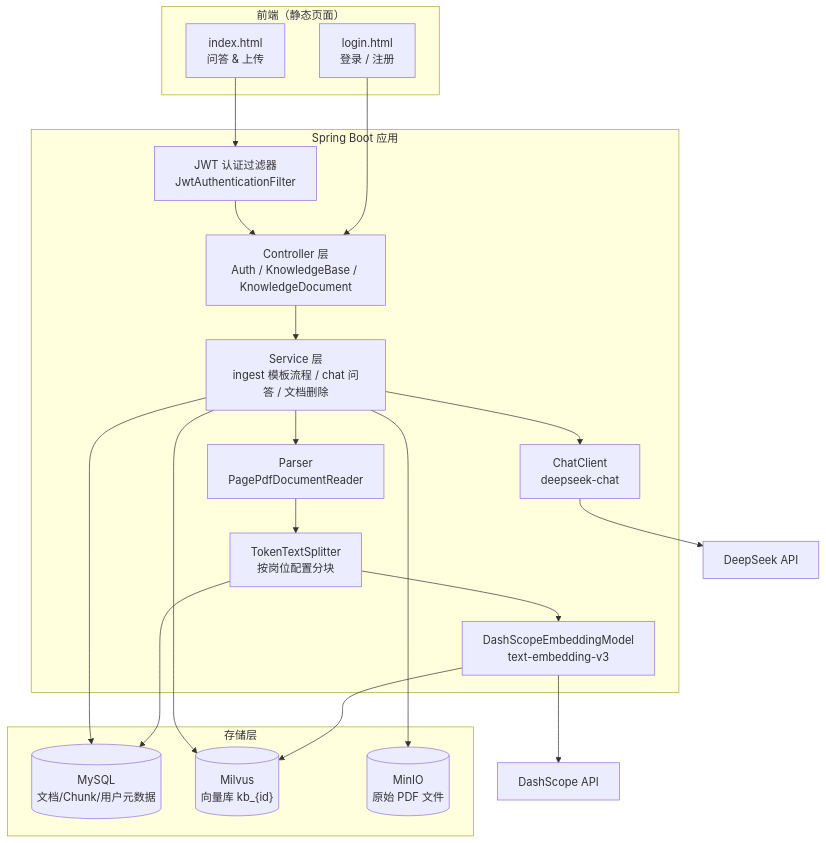
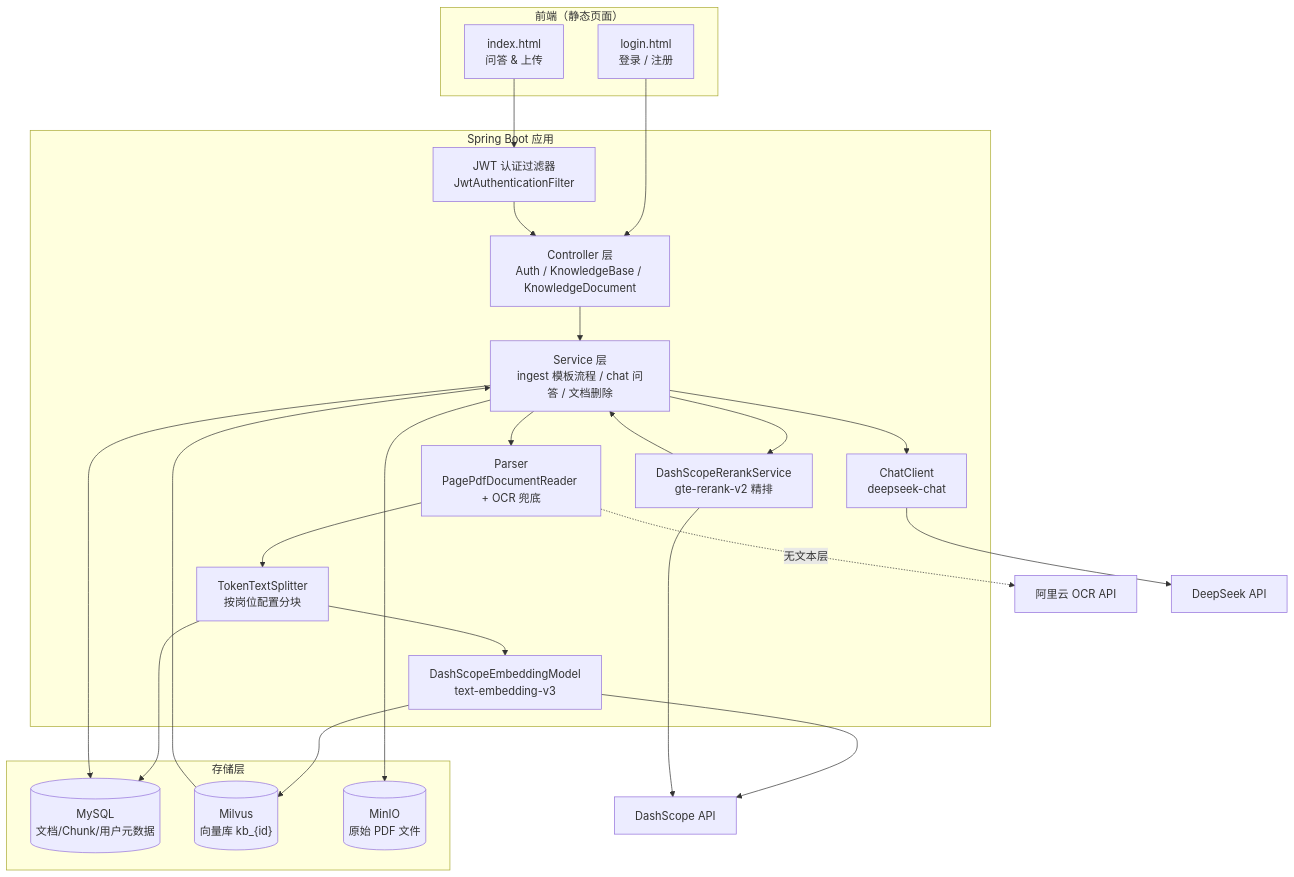
The diagram in README.md (wjklovemmy/spring-ai-rag-demo), drawn with Mermaid before and after one commit. The commit also changed other lines of this file and 9 other files, not shown here.

````diff
--- a/README.md
+++ b/README.md
@@ -46,38 +48,43 @@
 ```mermaid
 graph TB
     subgraph Frontend["前端（静态页面）"]
         LOGIN["login.html<br/>登录 / 注册"]
         INDEX["index.html<br/>问答 & 上传"]
     end
 
     subgraph Backend["Spring Boot 应用"]
         CTRL["Controller 层<br/>Auth / KnowledgeBase / KnowledgeDocument"]
         AUTH["JWT 认证过滤器<br/>JwtAuthenticationFilter"]
         SVC["Service 层<br/>ingest 模板流程 / chat 问答 / 文档删除"]
-        PARSER["Parser<br/>PagePdfDocumentReader"]
+        PARSER["Parser<br/>PagePdfDocumentReader + OCR 兜底"]
         SPLIT["TokenTextSplitter<br/>按岗位配置分块"]
         EMBED["DashScopeEmbeddingModel<br/>text-embedding-v3"]
+        RERANK["DashScopeRerankService<br/>gte-rerank-v2 精排"]
         CHAT["ChatClient<br/>deepseek-chat"]
     end
 
     subgraph Storage["存储层"]
         MYSQL[("MySQL<br/>文档/Chunk/用户元数据")]
         MILVUS[("Milvus<br/>向量库 kb_{id}")]
         MINIO[("MinIO<br/>原始 PDF 文件")]
     end
 
+    OCRSVC["阿里云 OCR API"]
     AI["DeepSeek API"]
     DS["DashScope API"]
 
     LOGIN --> CTRL
     INDEX --> AUTH --> CTRL
     CTRL --> SVC
     SVC --> PARSER --> SPLIT
+    PARSER -.无文本层.-> OCRSVC
     SPLIT --> MYSQL
     SPLIT --> EMBED --> DS
     EMBED --> MILVUS
     SVC --> CHAT --> AI
+    MILVUS --> SVC
+    SVC --> RERANK --> DS
+    RERANK --> SVC
     SVC --> MINIO
     SVC --> MYSQL
-    SVC --> MILVUS
 ```
````
